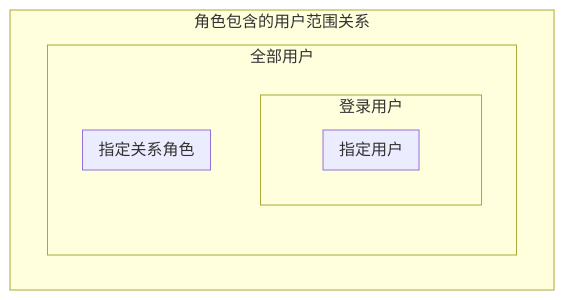
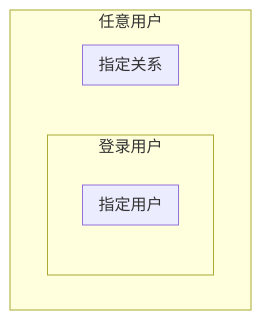
The first of 5 diagrams in server/lsys-rbac/README.md (shanliu/lsys), drawn with Mermaid before and after one commit. The commit also changed other lines of this file and 159 other files, not shown here.

````diff
--- a/server/lsys-rbac/README.md
+++ b/server/lsys-rbac/README.md
@@ -129,13 +139,11 @@
 ```mermaid
 flowchart TB
-    subgraph 角色包含的用户范围关系
-    subgraph "全部用户"
-    subgraph "登录用户"
-        subgraph "指定用户"
+    subgraph "任意用户"
+        subgraph "登录用户"
+            subgraph "指定用户"
+            end
+        end
+        subgraph "指定关系" 
         end
     end
-    subgraph "指定关系角色" 
-    end
-    end
-    end
 ```
````
